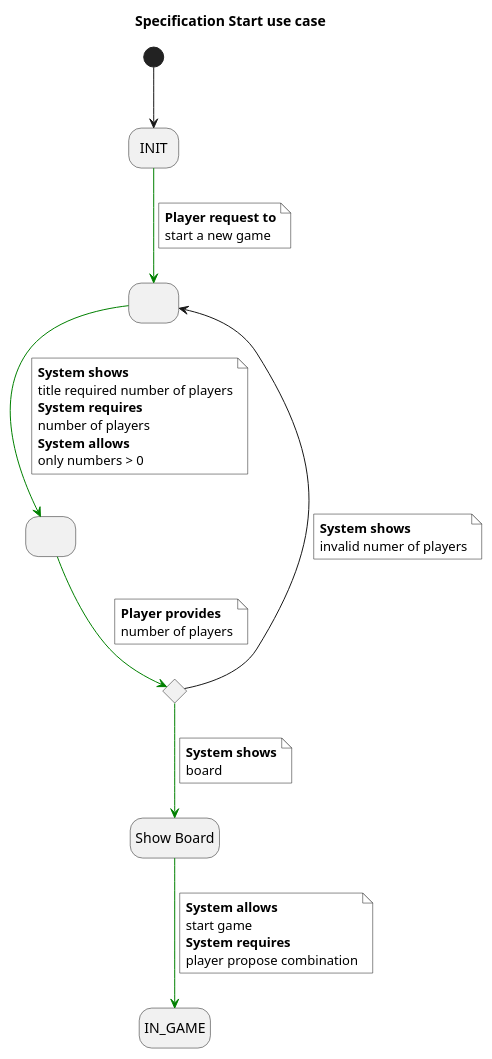
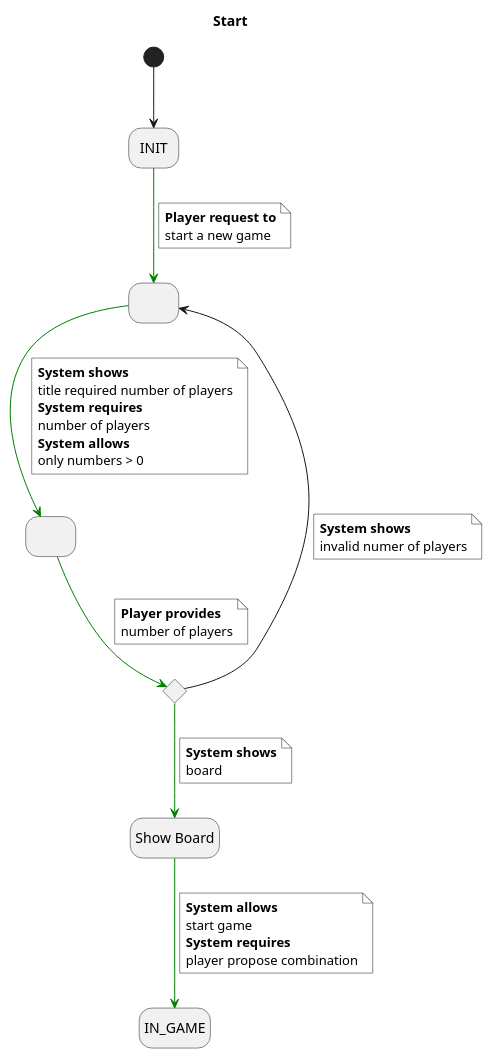
One commit to jumpering/Hanged changed the diagram in requirements/userCase/specificationStartUseCase.puml. Above: the diagram before and after it, drawn with PlantUML. The commit also changed 3 other files, not shown here.

```diff
--- a/requirements/userCase/specificationStartUseCase.puml
+++ b/requirements/userCase/specificationStartUseCase.puml
@@ -1,50 +1,50 @@
 @startuml
 
-title Specification Start use case
+title Start
 skinparam NoteBackgroundColor white
 hide empty description
 state INIT as "INIT"
 state startedGame as " "
 state numberOfPlayers as " "
 state ifValidNumberOfPlayers <<choice>>
 state showBoard as "Show Board"
 
 [*] --> INIT
 INIT -[#green]-> startedGame
 note on link #white
   <b>Player request to
   start a new game
 end note
 startedGame -[#green]-> numberOfPlayers
 note on link
   <b>System shows
   title required number of players
   <b>System requires
   number of players
   <b>System allows
   only numbers > 0
 end note
 numberOfPlayers -[#green]-> ifValidNumberOfPlayers
 note on link
   <b>Player provides
   number of players
 end note
 ifValidNumberOfPlayers --> startedGame
 note on link
   <b>System shows
   invalid numer of players
 end note
 ifValidNumberOfPlayers -[#green]-> showBoard
 note on link
   <b>System shows
   board
 end note
 showBoard -[#green]-> IN_GAME
 note on link
   <b>System allows
   start game
   <b>System requires
   player propose combination
 end note
 
 @enduml
```
